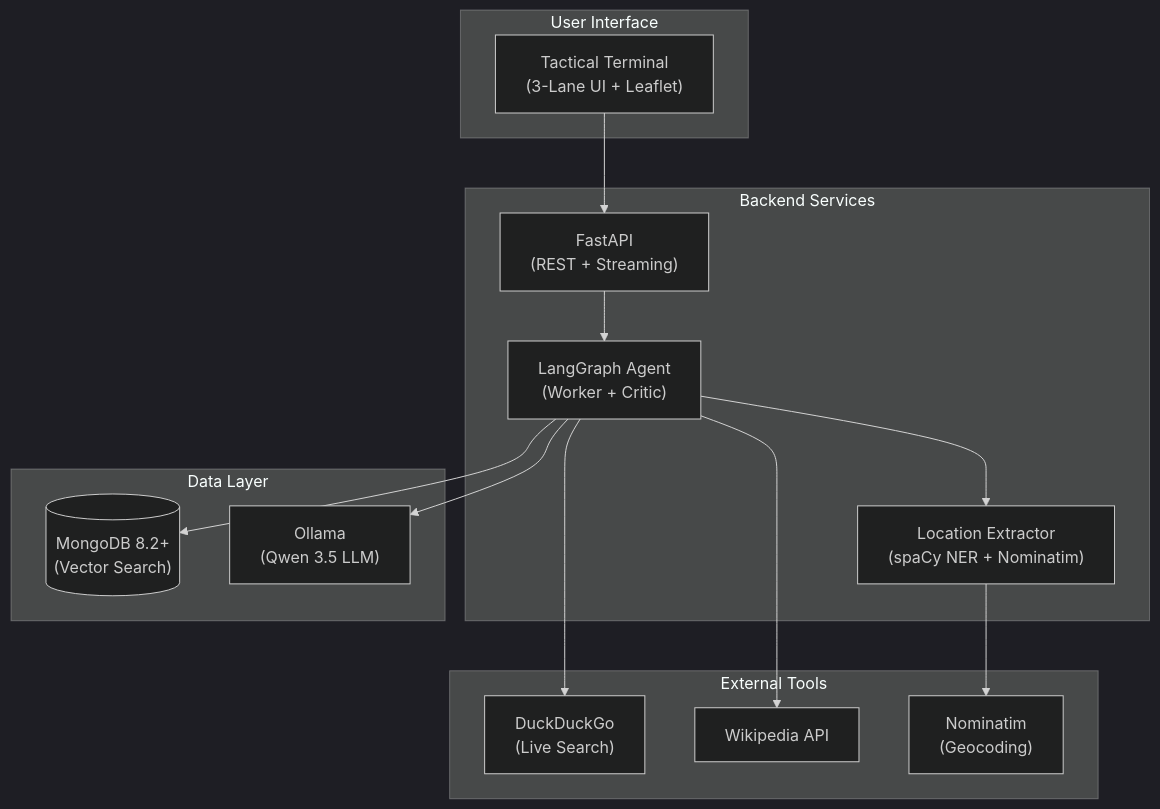
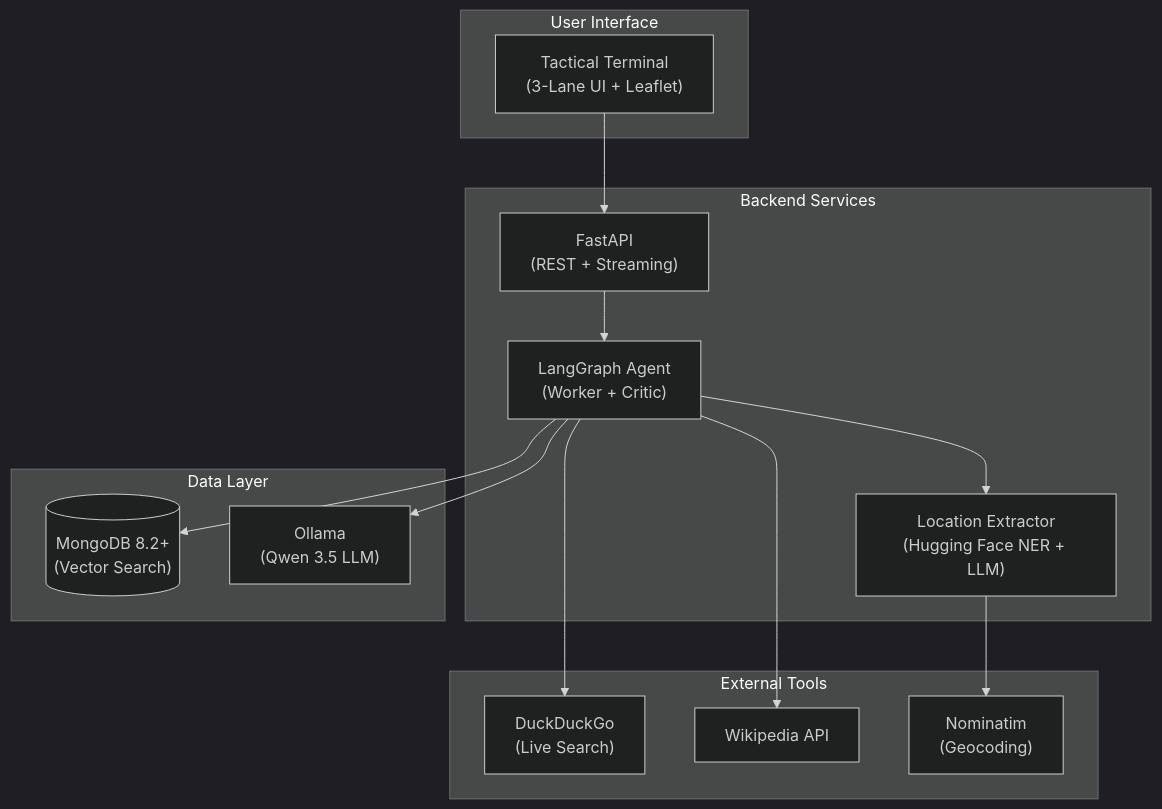
The diagram in README.md (fbaierl/geo-vision-lab), drawn with Mermaid before and after one commit. The commit also changed other lines of this file and 8 other files, not shown here.

````diff
--- a/README.md
+++ b/README.md
@@ -39,33 +39,33 @@
 ```mermaid
 %%{init: {'theme': 'dark'}}%%
 graph TB
     subgraph User["User Interface"]
         UI["Tactical Terminal<br/>(3-Lane UI + Leaflet)"]
     end
 
     subgraph Backend["Backend Services"]
         API["FastAPI<br/>(REST + Streaming)"]
         AGENT["LangGraph Agent<br/>(Worker + Critic)"]
-        LOC["Location Extractor<br/>(spaCy NER + Nominatim)"]
+        LOC["Location Extractor<br/>(Hugging Face NER + LLM)"]
     end
 
     subgraph Data["Data Layer"]
         MDB[("MongoDB 8.2+<br/>(Vector Search)")]
         OL["Ollama<br/>(Qwen 3.5 LLM)"]
     end
 
     subgraph Tools["External Tools"]
         WEB["DuckDuckGo<br/>(Live Search)"]
         WIKI["Wikipedia API"]
         NOM["Nominatim<br/>(Geocoding)"]
     end
 
     UI --> API
     API --> AGENT
     AGENT --> MDB
     AGENT --> OL
     AGENT --> WEB
     AGENT --> WIKI
     AGENT --> LOC
     LOC --> NOM
 ```
````
